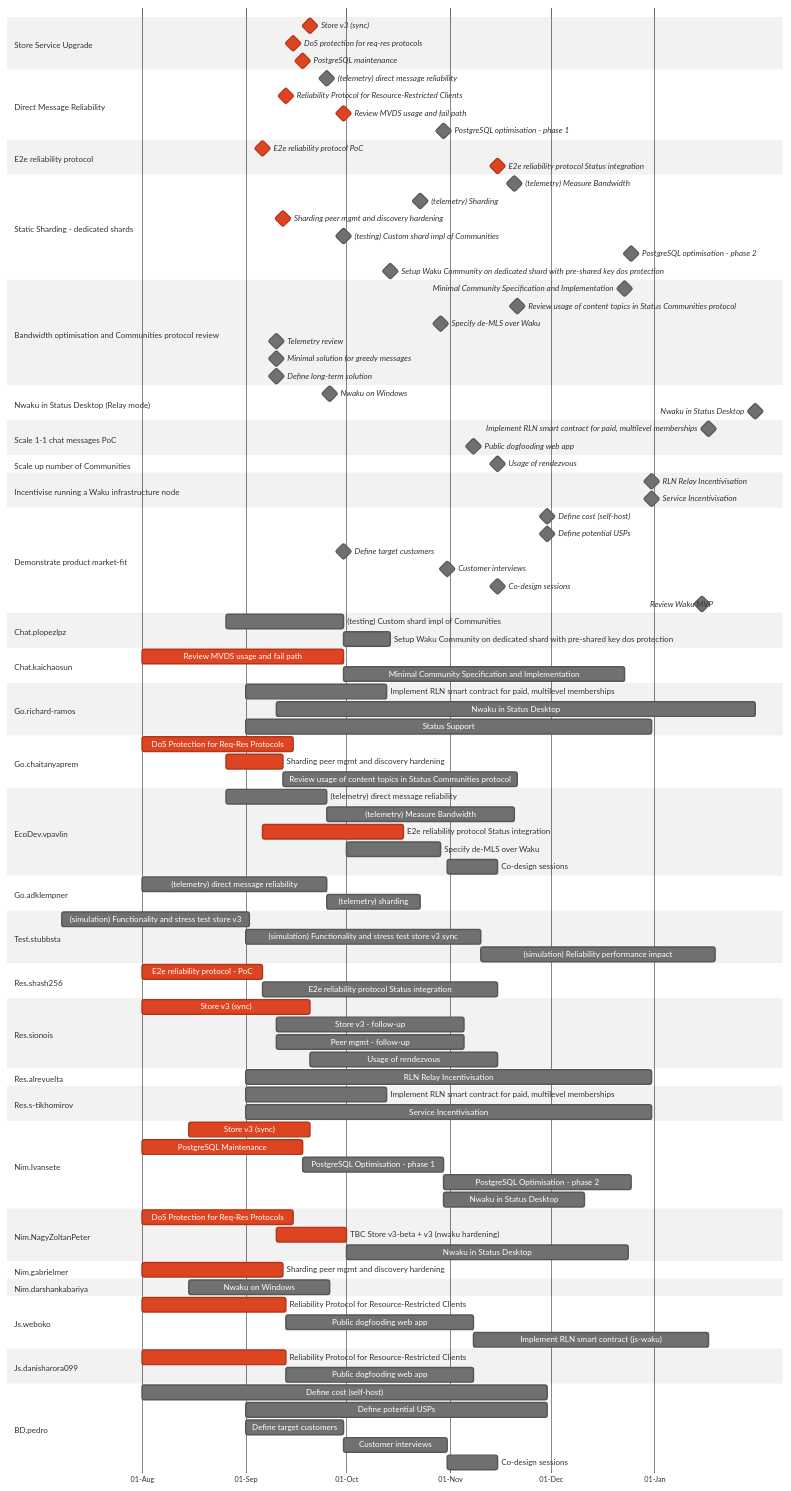
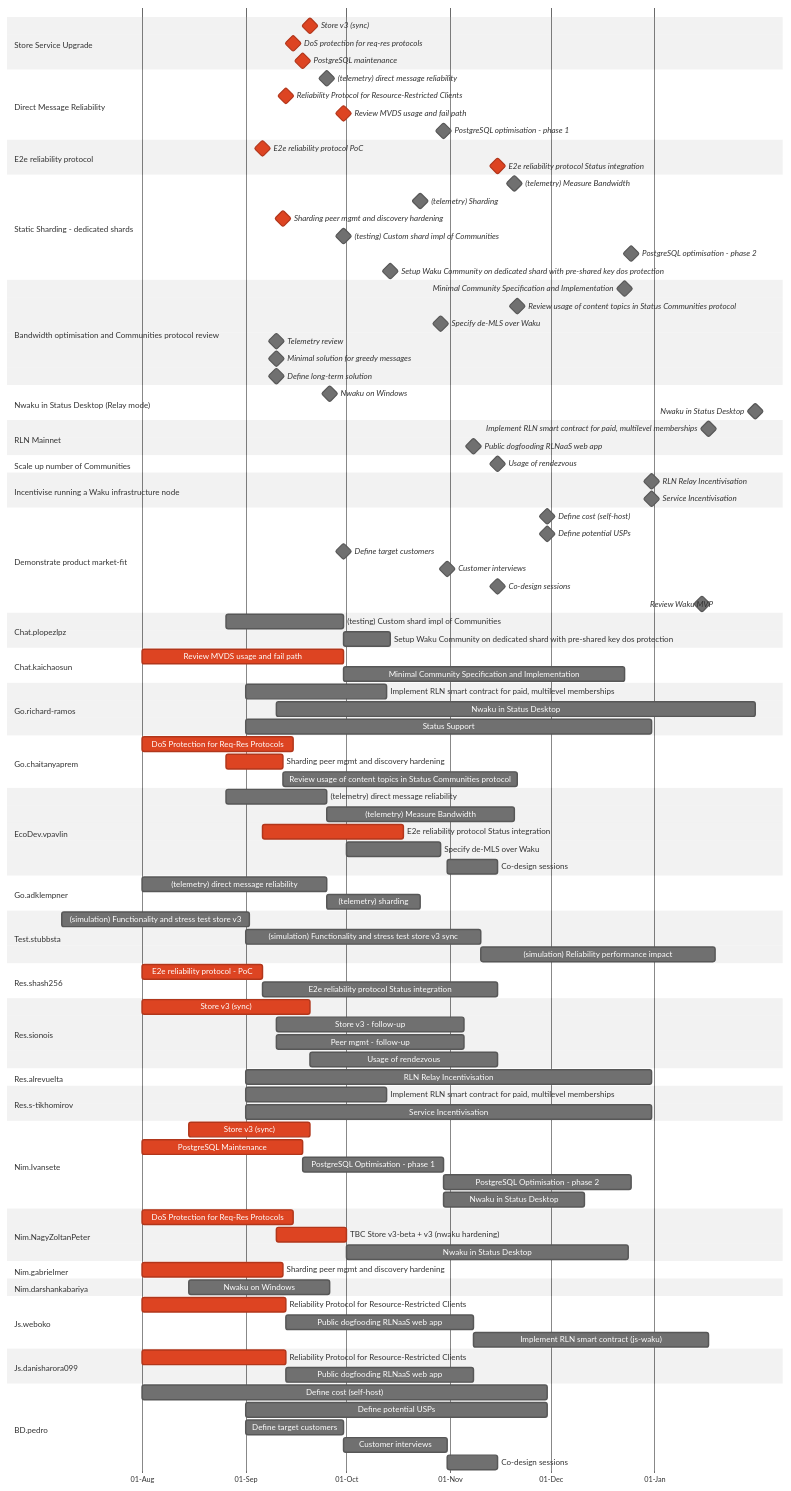
The diagram in content/waku/2024-gantt.md (logos-co/roadmap), drawn with Mermaid (neutral theme) before and after one commit.

Commit message:
some renames

```diff
--- a/content/waku/2024-gantt.md
+++ b/content/waku/2024-gantt.md
@@ -65,9 +65,9 @@
     section Nwaku in Status Desktop (Relay mode)
         Nwaku on Windows: milestone, after n-nwaku-windows, 0
         Nwaku in Status Desktop: milestone, after n-nwaku-status-desktop, 0
-    section Scale 1-1 chat messages PoC
+    section RLN Mainnet
         Implement RLN smart contract for paid, multilevel memberships: milestone, after r-rln-sc n-rln-sc j-rln-sc, 0
-        Public dogfooding web app: milestone, after j-pub-dogfood-web-app-1 j-pub-dogfood-web-app-2, 0
+        Public dogfooding RLNaaS web app: milestone, after j-pub-dogfood-web-app-1 j-pub-dogfood-web-app-2, 0
     section Scale up number of Communities
         Usage of rendezvous: milestone, after r-rendezvous, 0
     section Incentivise running a Waku infrastructure node
@@ -146,11 +146,11 @@
         Nwaku on Windows: n-nwaku-windows, 2024-08-15, 6w
     section Js.weboko
         Reliability Protocol for Resource-Restricted Clients: crit, j-rel-reqres-1, 2024-08-01, 2024-09-13
-        Public dogfooding web app: j-pub-dogfood-web-app-1, after j-rel-reqres-1, 8w
+        Public dogfooding RLNaaS web app: j-pub-dogfood-web-app-1, after j-rel-reqres-1, 8w
         Implement RLN smart contract (js-waku): j-rln-sc, after j-pub-dogfood-web-app-1, 10w
     section Js.danisharora099
         Reliability Protocol for Resource-Restricted Clients: crit, j-rel-reqres-2, 2024-08-01, 2024-09-13
-        Public dogfooding web app: j-pub-dogfood-web-app-2, after j-rel-reqres-2, 8w
+        Public dogfooding RLNaaS web app: j-pub-dogfood-web-app-2, after j-rel-reqres-2, 8w
     section BD.pedro
         Define cost (self-host): bd-define-cost, 2024-08-01, 2024-11-30
         Define potential USPs: bd-define-usps, 2024-09-01, 2024-11-30
```
